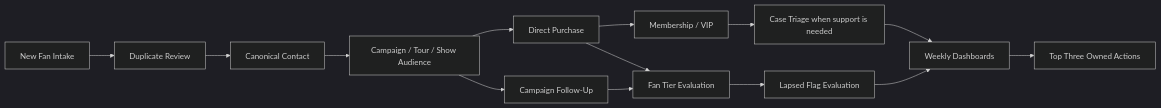
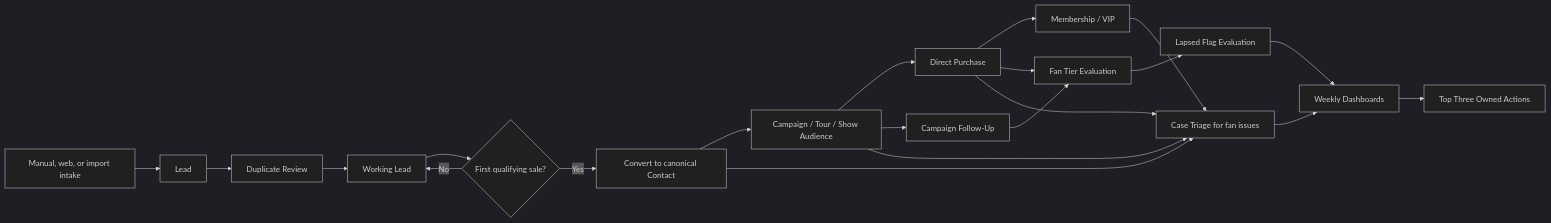
Before and after one commit to crsauer91/milehighdreamin: the diagram in 03-design/02-wireframes/README.md, drawn with Mermaid (dark theme). The commit also changed other lines of this file and 14 other files, not shown here.

Commit message:
Complete 03-design solution architecture and wireframes

````diff
--- a/03-design/02-wireframes/README.md
+++ b/03-design/02-wireframes/README.md
@@ -45,16 +45,23 @@
 ```mermaid
 flowchart LR
-  Intake[New Fan Intake] --> Dedupe[Duplicate Review]
-  Dedupe --> Fan[Canonical Contact]
+  Intake[Manual, web, or import intake] --> Lead[Lead]
+  Lead --> Dedupe[Duplicate Review]
+  Dedupe --> Work[Working Lead]
+  Work --> Sale{First qualifying sale?}
+  Sale -- No --> Work
+  Sale -- Yes --> Fan[Convert to canonical Contact]
   Fan --> Campaign[Campaign / Tour / Show Audience]
   Campaign --> Purchase[Direct Purchase]
   Campaign --> Follow[Campaign Follow-Up]
   Purchase --> Program[Membership / VIP]
   Purchase --> Tier[Fan Tier Evaluation]
   Follow --> Tier
   Tier --> Lapse[Lapsed Flag Evaluation]
-  Program --> Service[Case Triage when support is needed]
+  Fan --> Service[Case Triage for fan issues]
+  Purchase --> Service
+  Campaign --> Service
+  Program --> Service
   Lapse --> Dash[Weekly Dashboards]
   Service --> Dash
   Dash --> Tasks[Top Three Owned Actions]
 ```
````
